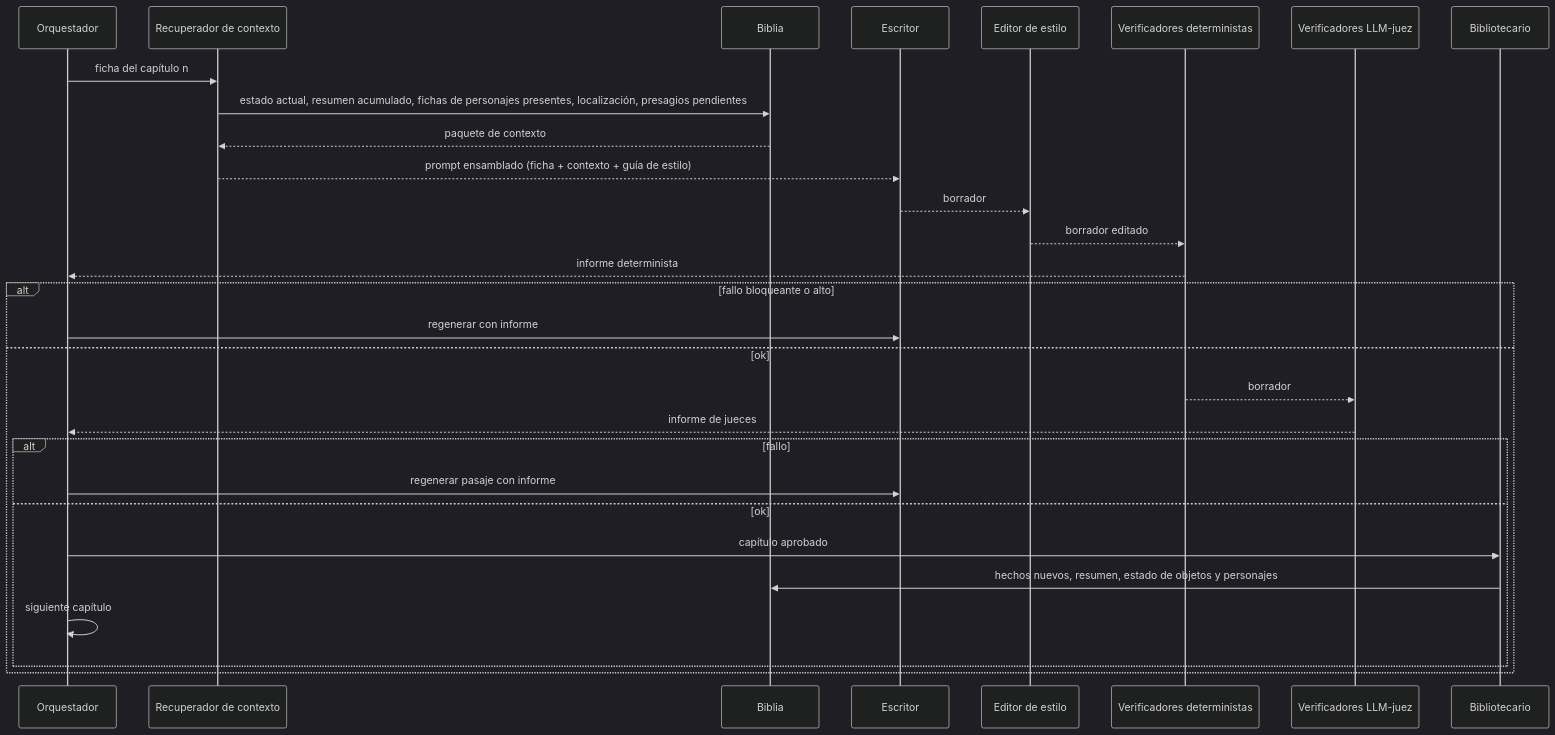
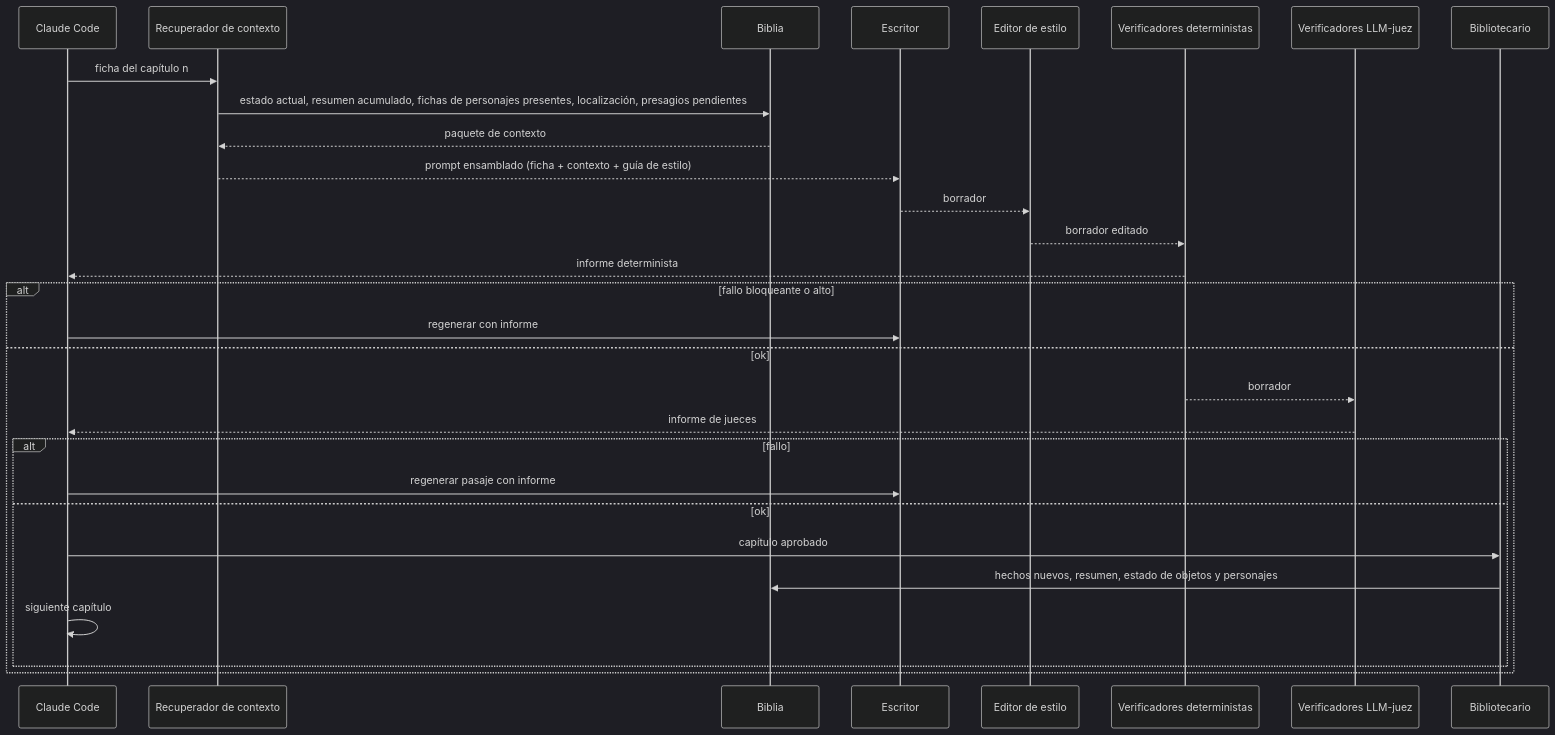
Before and after one commit to Asieribarz/my-story-marker: the fifth of 8 diagrams in docs/architecture.md, drawn with Mermaid (dark theme). The commit also changed other lines of this file and 10 other files, not shown here.

````diff
--- a/docs/architecture.md
+++ b/docs/architecture.md
@@ -167,32 +171,32 @@
 ```mermaid
 sequenceDiagram
-  participant O as Orquestador
+  participant O as Claude Code
   participant R as Recuperador de contexto
   participant B as Biblia
   participant W as Escritor
   participant E as Editor de estilo
   participant VD as Verificadores deterministas
   participant VJ as Verificadores LLM-juez
   participant L as Bibliotecario
 
   O->>R: ficha del capítulo n
   R->>B: estado actual, resumen acumulado, fichas de personajes presentes, localización, presagios pendientes
   B-->>R: paquete de contexto
   R-->>W: prompt ensamblado (ficha + contexto + guía de estilo)
   W-->>E: borrador
   E-->>VD: borrador editado
   VD-->>O: informe determinista
   alt fallo bloqueante o alto
     O->>W: regenerar con informe
   else ok
     VD-->>VJ: borrador
     VJ-->>O: informe de jueces
     alt fallo
       O->>W: regenerar pasaje con informe
     else ok
       O->>L: capítulo aprobado
       L->>B: hechos nuevos, resumen, estado de objetos y personajes
       O->>O: siguiente capítulo
     end
   end
 ```
````
